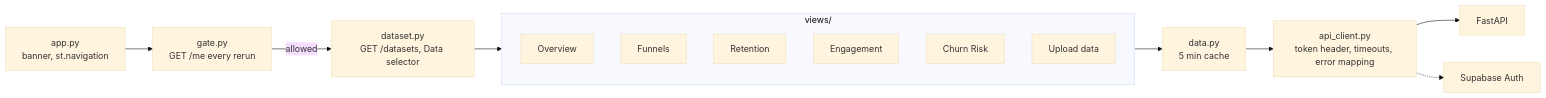
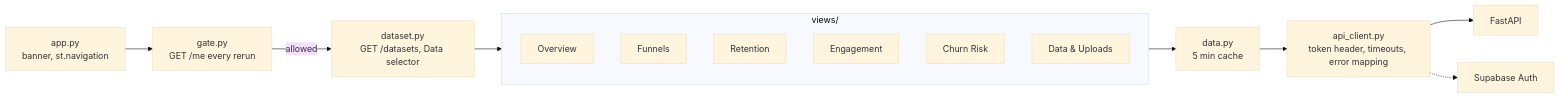
The seventh of 7 diagrams in docs/03-system-design.md (yashdiwan12/Churnscope), drawn with Mermaid (base theme) before and after one commit. The commit also changed 5 other files, not shown here.

Commit message:
feat: rename the Upload data page to Data & Uploads

````diff
--- a/docs/03-system-design.md
+++ b/docs/03-system-design.md
@@ -216,18 +216,18 @@
 ```mermaid
 flowchart LR
     app["app.py<br/>banner, st.navigation"] --> gate["gate.py<br/>GET /me every rerun"]
     gate -->|allowed| ds["dataset.py<br/>GET /datasets, Data selector"]
     ds --> pages
     subgraph pages["views/"]
         ov["Overview"]
         fu["Funnels"]
         re["Retention"]
         en["Engagement"]
         ch["Churn Risk"]
-        up["Upload data"]
+        up["Data & Uploads"]
     end
     pages --> da["data.py<br/>5 min cache"]
     da --> cl["api_client.py<br/>token header, timeouts, error mapping"]
     cl --> api["FastAPI"]
     cl -.-> auth["Supabase Auth"]
 ```
````
